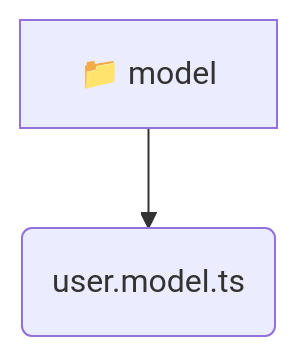
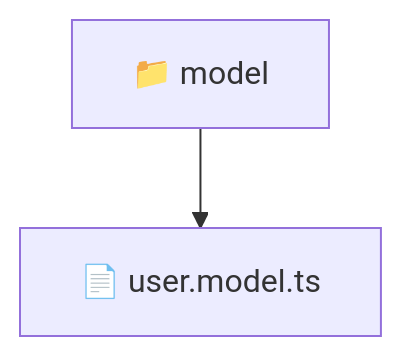
The diagram in frontend/src/entities/user/model/README.md (beginwebdev2002/fullstack-mavluda), drawn with Mermaid before and after one commit. The commit also changed other lines of this file and 163 other files, not shown here.

````diff
--- a/frontend/src/entities/user/model/README.md
+++ b/frontend/src/entities/user/model/README.md
@@ -11,5 +10,5 @@
 ```mermaid
 graph TD
-  model[📁 model]
-  model --> model_user_model_ts(user.model.ts)
+  Root["📁 model"]
+  Root --> usermodelts["📄 user.model.ts"]
 ```
````
